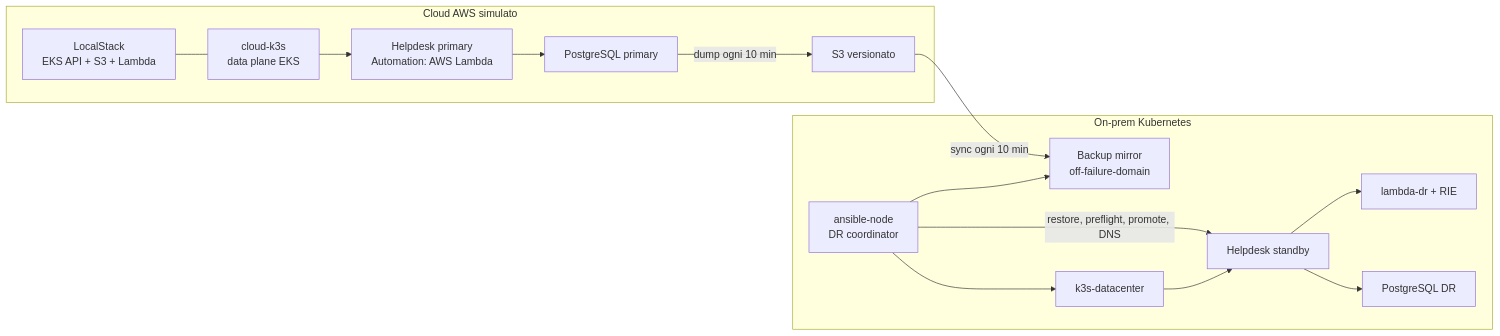
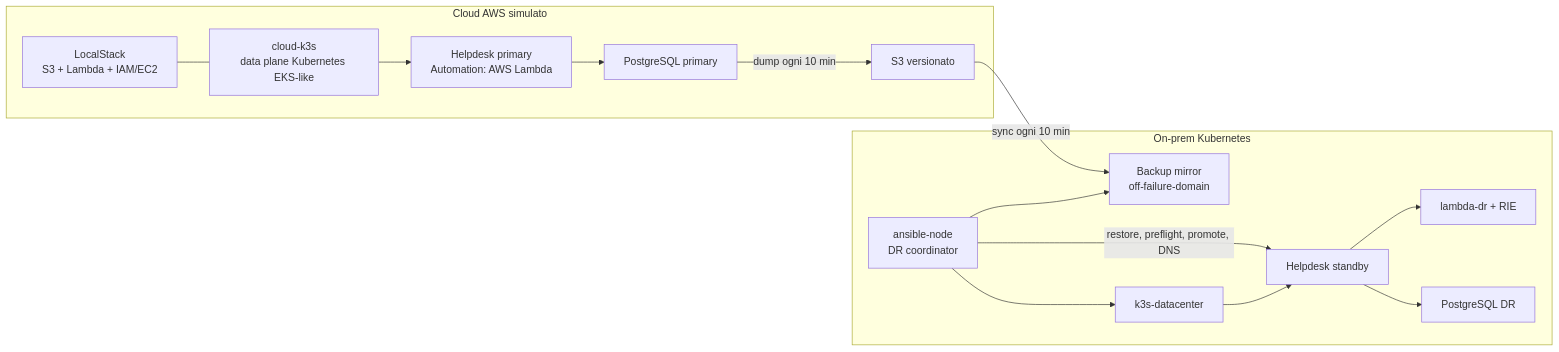
The diagram in automazione/RUNBOOK_SCENARIO_REALE.md (LucaCatalano23/MultiCloud-strategy---Reverse-DR), drawn with Mermaid before and after one commit. The commit also changed other lines of this file and 15 other files, not shown here.

````diff
--- a/automazione/RUNBOOK_SCENARIO_REALE.md
+++ b/automazione/RUNBOOK_SCENARIO_REALE.md
@@ -7,28 +7,28 @@
 ```mermaid
 flowchart LR
   subgraph cloud["Cloud AWS simulato"]
-    ls["LocalStack\nEKS API + S3 + Lambda"]
-    eks["cloud-k3s\ndata plane EKS"]
+    ls["LocalStack\nS3 + Lambda + IAM/EC2"]
+    eks["cloud-k3s\ndata plane Kubernetes EKS-like"]
     pgc["PostgreSQL primary"]
     appc["Helpdesk primary\nAutomation: AWS Lambda"]
     ls --- eks
     eks --> appc --> pgc
     pgc -->|"dump ogni 10 min"| s3["S3 versionato"]
   end
 
   subgraph onprem["On-prem Kubernetes"]
     ans["ansible-node\nDR coordinator"]
     mirror["Backup mirror\noff-failure-domain"]
     k3s["k3s-datacenter"]
     appdr["Helpdesk standby"]
     lambdadr["lambda-dr + RIE"]
     pgdr["PostgreSQL DR"]
     ans --> mirror
     ans --> k3s
     k3s --> appdr --> pgdr
     appdr --> lambdadr
   end
 
   s3 -->|"sync ogni 10 min"| mirror
   ans -->|"restore, preflight, promote, DNS"| appdr
 ```
````
